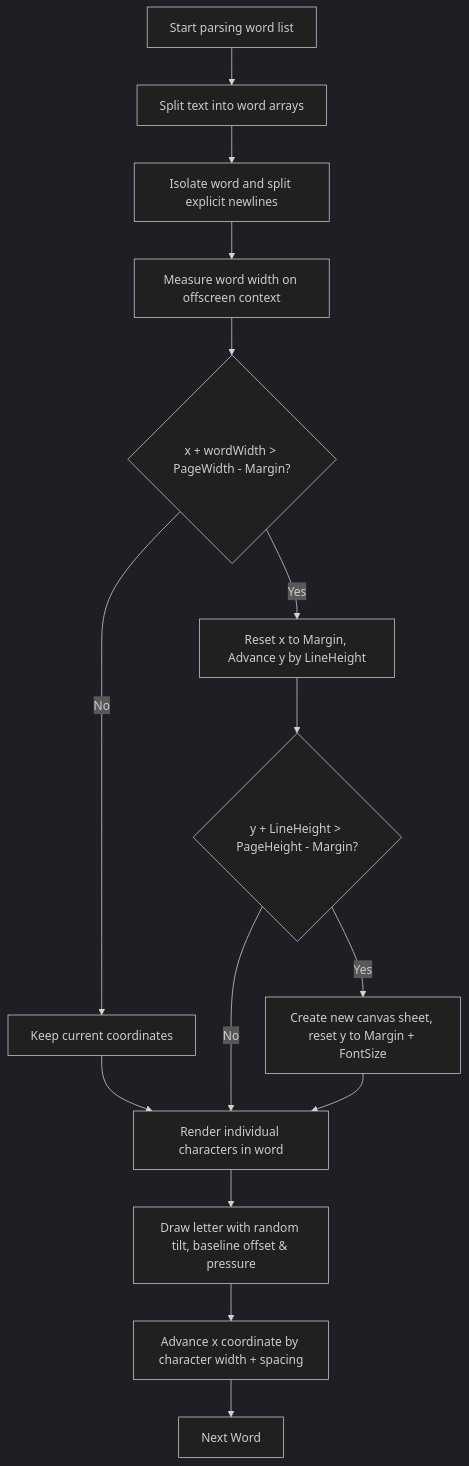
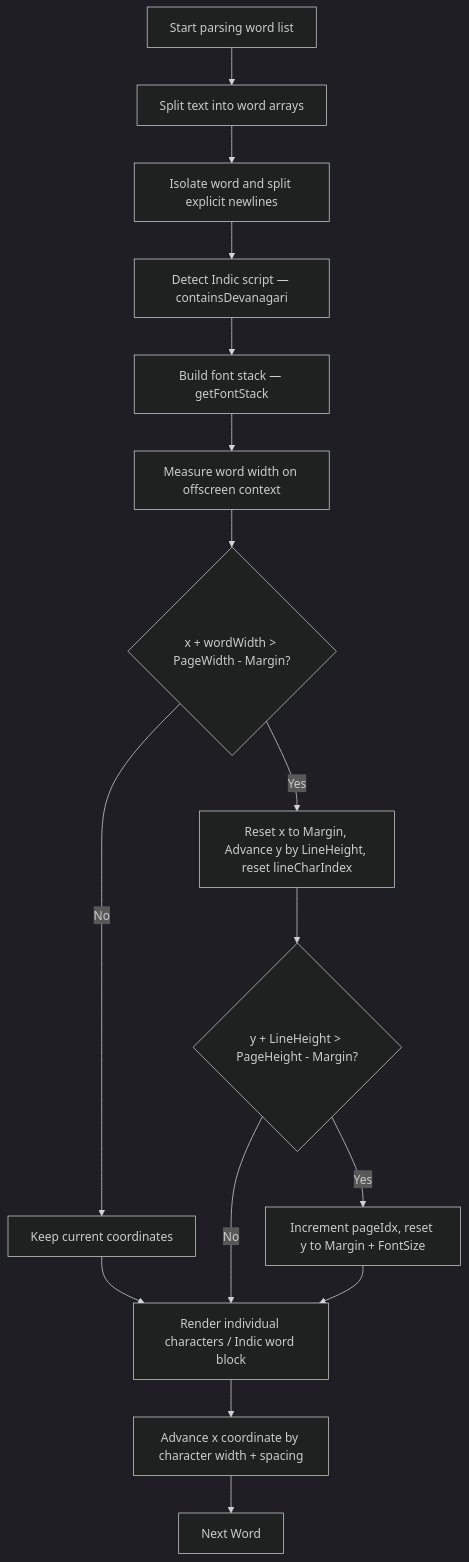
Before and after one commit to VIPHACKER100/Inkflow: the diagram in docs/handwriting-engine.md, drawn with Mermaid (dark theme). The commit also changed other lines of this file and 13 other files, not shown here.

````diff
--- a/docs/handwriting-engine.md
+++ b/docs/handwriting-engine.md
@@ -60,17 +120,18 @@
 ```mermaid
 flowchart TD
     A[Start parsing word list] --> B[Split text into word arrays]
     B --> C[Isolate word and split explicit newlines]
-    C --> D[Measure word width on offscreen context]
-    D --> E{x + wordWidth > PageWidth - Margin?}
-    E -->|Yes| F[Reset x to Margin, Advance y by LineHeight]
-    E -->|No| G[Keep current coordinates]
-    F --> H{y + LineHeight > PageHeight - Margin?}
-    G --> I[Render individual characters in word]
-    H -->|Yes| J[Create new canvas sheet, reset y to Margin + FontSize]
-    H -->|No| I
-    J --> I
-    I --> K[Draw letter with random tilt, baseline offset & pressure]
-    K --> L[Advance x coordinate by character width + spacing]
-    L --> M[Next Word]
+    C --> D[Detect Indic script — containsDevanagari]
+    D --> E[Build font stack — getFontStack]
+    E --> F[Measure word width on offscreen context]
+    F --> G{x + wordWidth > PageWidth - Margin?}
+    G -->|Yes| H[Reset x to Margin, Advance y by LineHeight, reset lineCharIndex]
+    G -->|No| I[Keep current coordinates]
+    H --> J{y + LineHeight > PageHeight - Margin?}
+    I --> K[Render individual characters / Indic word block]
+    J -->|Yes| L[Increment pageIdx, reset y to Margin + FontSize]
+    J -->|No| K
+    L --> K
+    K --> M[Advance x coordinate by character width + spacing]
+    M --> N[Next Word]
 ```
````
